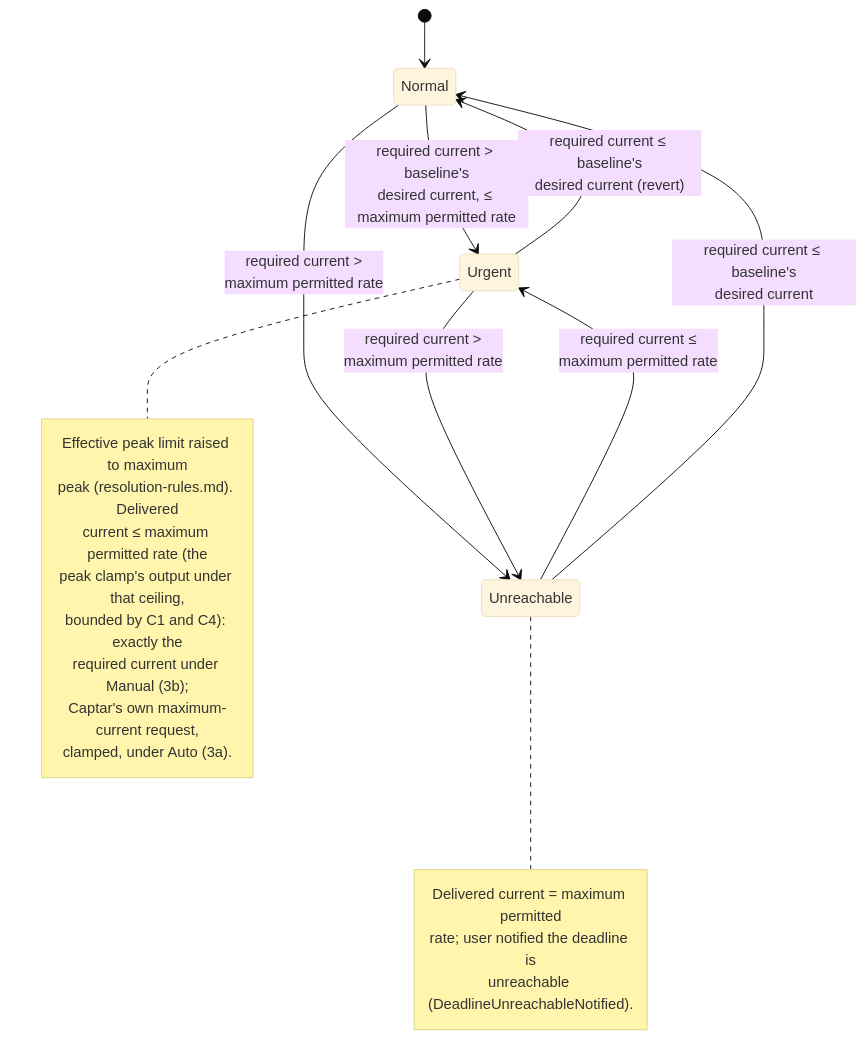
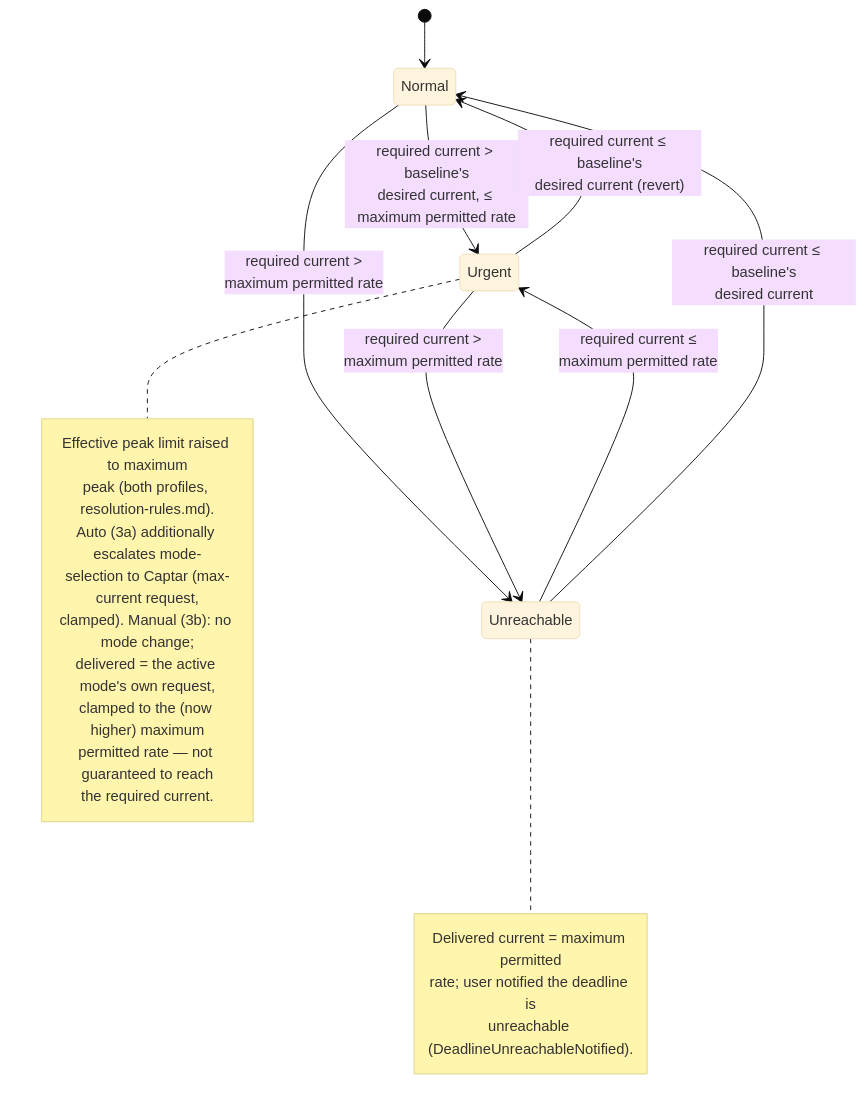
Before and after one commit to kristofdegrave/homeassistant-smart-charging: the diagram in docs/analysis/use-cases/UC05-guarantee-ready-by-departure.md, drawn with Mermaid (base theme). The commit also changed other lines of this file and 7 other files, not shown here.

First line of the commit message:
docs: simplify R5 to two resolution-rule levers, drop current override

````diff
--- a/docs/analysis/use-cases/UC05-guarantee-ready-by-departure.md
+++ b/docs/analysis/use-cases/UC05-guarantee-ready-by-departure.md
@@ -79,25 +84,26 @@
 ```mermaid
 stateDiagram-v2
     [*] --> Normal
     Normal --> Urgent: required current > baseline's<br/>desired current, ≤ maximum permitted rate
     Normal --> Unreachable: required current ><br/>maximum permitted rate
     Urgent --> Normal: required current ≤ baseline's<br/>desired current (revert)
     Urgent --> Unreachable: required current ><br/>maximum permitted rate
     Unreachable --> Urgent: required current ≤<br/>maximum permitted rate
     Unreachable --> Normal: required current ≤ baseline's<br/>desired current
     note right of Urgent
         Effective peak limit raised to maximum
-        peak (resolution-rules.md). Delivered
-        current ≤ maximum permitted rate (the
-        peak clamp's output under that ceiling,
-        bounded by C1 and C4): exactly the
-        required current under Manual (3b);
-        Captar's own maximum-current request,
-        clamped, under Auto (3a).
+        peak (both profiles, resolution-rules.md).
+        Auto (3a) additionally escalates mode-
+        selection to Captar (max-current request,
+        clamped). Manual (3b): no mode change;
+        delivered = the active mode's own request,
+        clamped to the (now higher) maximum
+        permitted rate — not guaranteed to reach
+        the required current.
     end note
     note right of Unreachable
         Delivered current = maximum permitted
         rate; user notified the deadline is
         unreachable (DeadlineUnreachableNotified).
     end note
 ```
````
